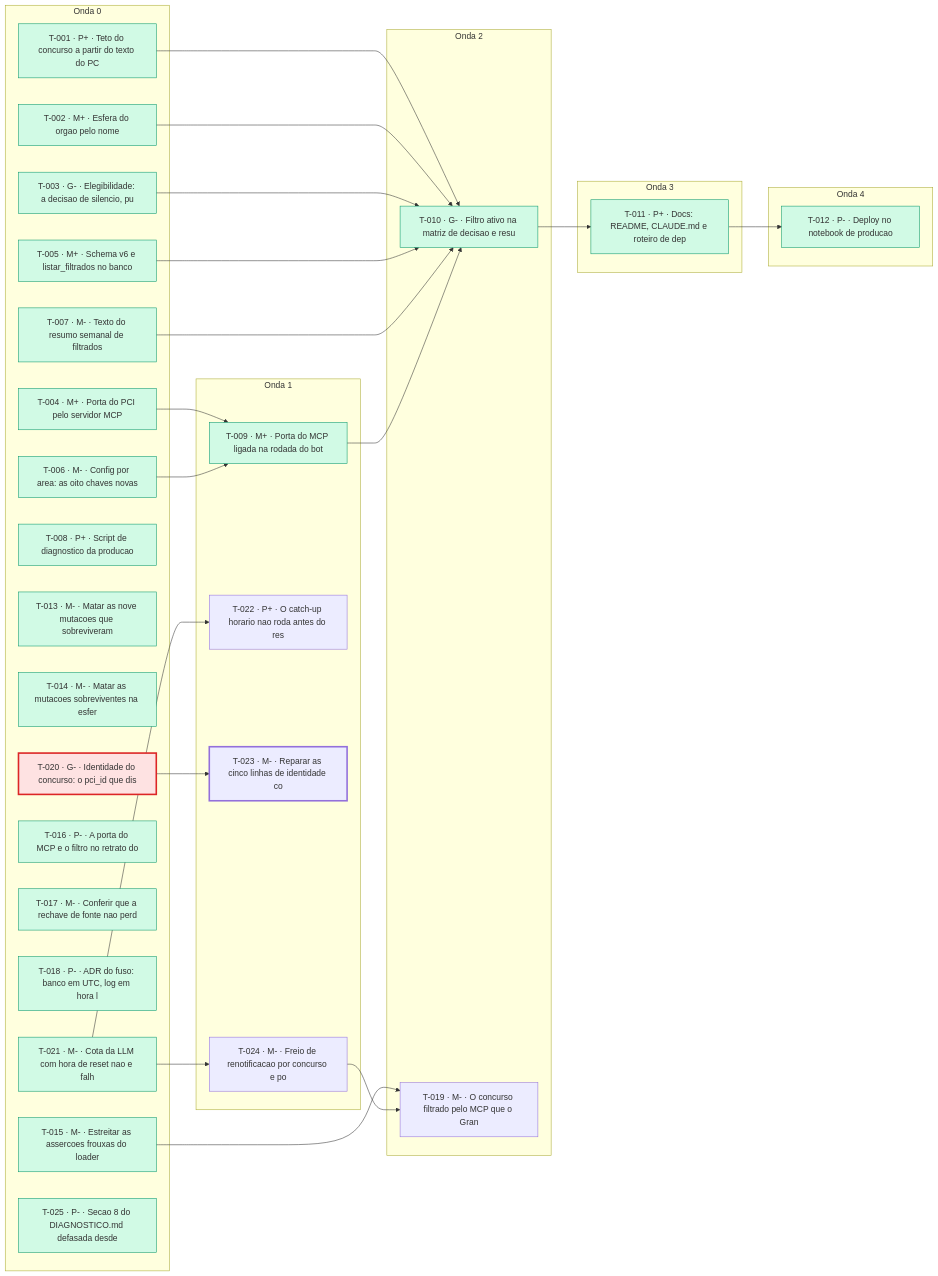
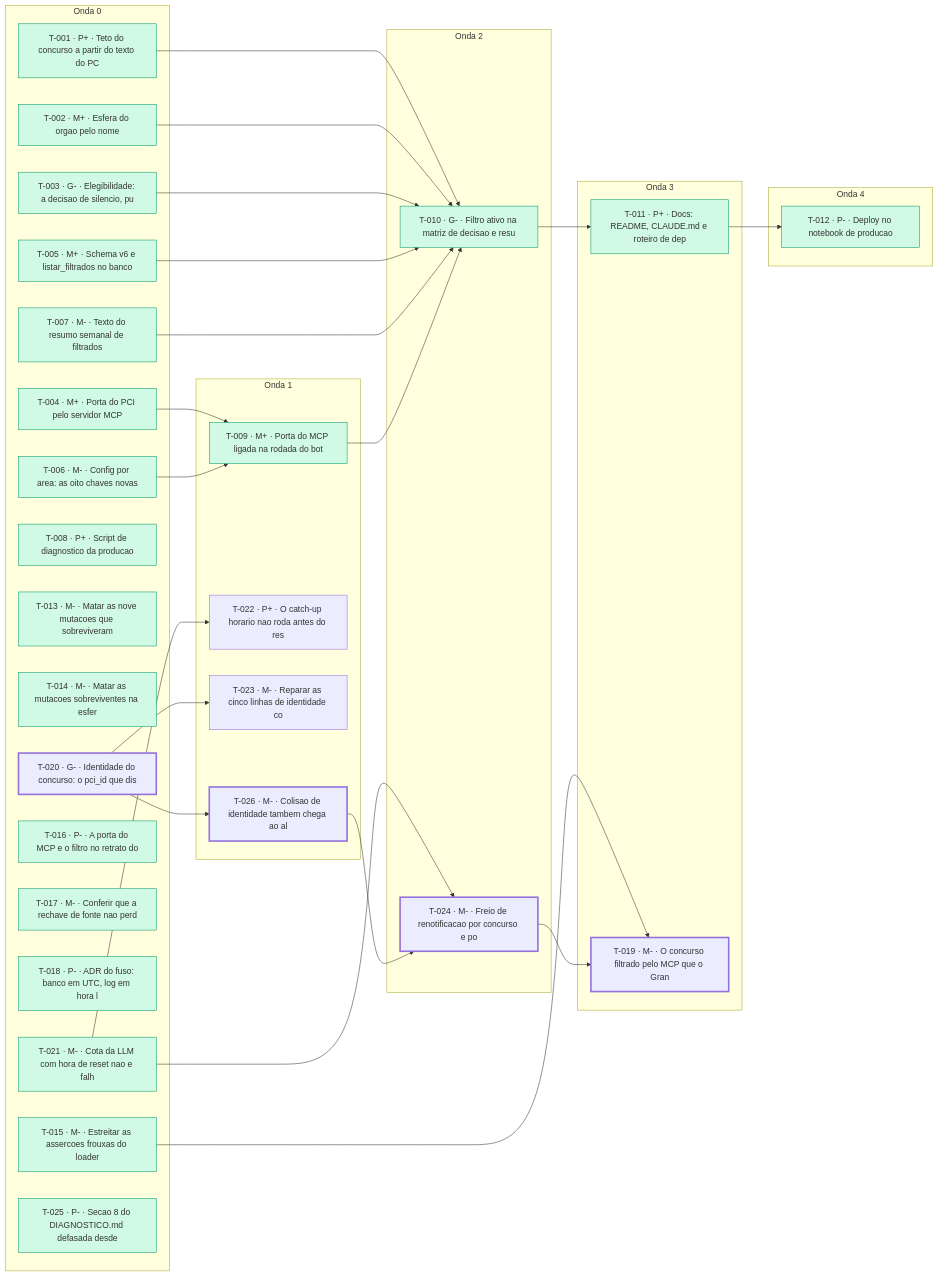
One commit to lucasmsorrentino/monitor_concursos_ti changed the diagram in kanban/MAPA.md. Above: the diagram before and after it, drawn with Mermaid. The commit also changed other lines of this file and 4 other files, not shown here.

````diff
--- a/kanban/MAPA.md
+++ b/kanban/MAPA.md
@@ -84,59 +85,60 @@
 ```mermaid
 graph LR
   subgraph O0["Onda 0"]
     T001["T-001 · P+ · Teto do concurso a partir do texto do PC"]
     T002["T-002 · M+ · Esfera do orgao pelo nome"]
     T003["T-003 · G- · Elegibilidade: a decisao de silencio, pu"]
     T004["T-004 · M+ · Porta do PCI pelo servidor MCP"]
     T005["T-005 · M+ · Schema v6 e listar_filtrados no banco"]
     T006["T-006 · M- · Config por area: as oito chaves novas"]
     T007["T-007 · M- · Texto do resumo semanal de filtrados"]
     T008["T-008 · P+ · Script de diagnostico da producao"]
     T013["T-013 · M- · Matar as nove mutacoes que sobreviveram "]
     T014["T-014 · M- · Matar as mutacoes sobreviventes na esfer"]
     T015["T-015 · M- · Estreitar as assercoes frouxas do loader"]
     T016["T-016 · P- · A porta do MCP e o filtro no retrato do "]
     T017["T-017 · M- · Conferir que a rechave de fonte nao perd"]
     T018["T-018 · P- · ADR do fuso: banco em UTC, log em hora l"]
     T020["T-020 · G- · Identidade do concurso: o pci_id que dis"]
     T021["T-021 · M- · Cota da LLM com hora de reset nao e falh"]
     T025["T-025 · P- · Secao 8 do DIAGNOSTICO.md defasada desde"]
   end
   subgraph O1["Onda 1"]
     T009["T-009 · M+ · Porta do MCP ligada na rodada do bot"]
     T022["T-022 · P+ · O catch-up horario nao roda antes do res"]
     T023["T-023 · M- · Reparar as cinco linhas de identidade co"]
-    T024["T-024 · M- · Freio de renotificacao por concurso e po"]
+    T026["T-026 · M- · Colisao de identidade tambem chega ao al"]
   end
   subgraph O2["Onda 2"]
     T010["T-010 · G- · Filtro ativo na matriz de decisao e resu"]
-    T019["T-019 · M- · O concurso filtrado pelo MCP que o Gran "]
+    T024["T-024 · M- · Freio de renotificacao por concurso e po"]
   end
   subgraph O3["Onda 3"]
     T011["T-011 · P+ · Docs: README, CLAUDE.md e roteiro de dep"]
+    T019["T-019 · M- · O concurso filtrado pelo MCP que o Gran "]
   end
   subgraph O4["Onda 4"]
     T012["T-012 · P- · Deploy no notebook de producao"]
   end
   T004 --> T009
   T006 --> T009
   T001 --> T010
   T002 --> T010
   T003 --> T010
   T005 --> T010
   T007 --> T010
   T009 --> T010
   T010 --> T011
   T011 --> T012
   T015 --> T019
   T024 --> T019
   T021 --> T022
   T020 --> T023
   T021 --> T024
+  T026 --> T024
+  T020 --> T026
   classDef integrado fill:#d1fae5,stroke:#059669
   class T001,T002,T003,T004,T005,T006,T007,T008,T009,T010,T011,T012,T013,T014,T015,T016,T017,T018,T021,T025 integrado
-  classDef bloqueado fill:#fee2e2,stroke:#dc2626
-  class T020 bloqueado
   classDef critico stroke-width:3px
-  class T020,T023 critico
+  class T020,T026,T024,T019 critico
 ```
````
